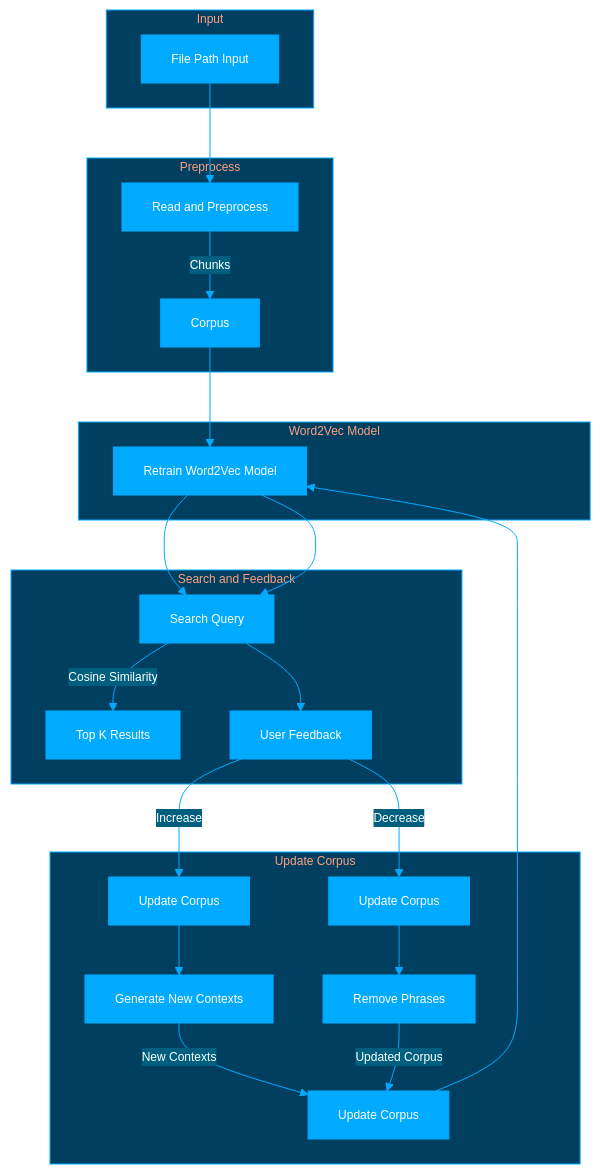
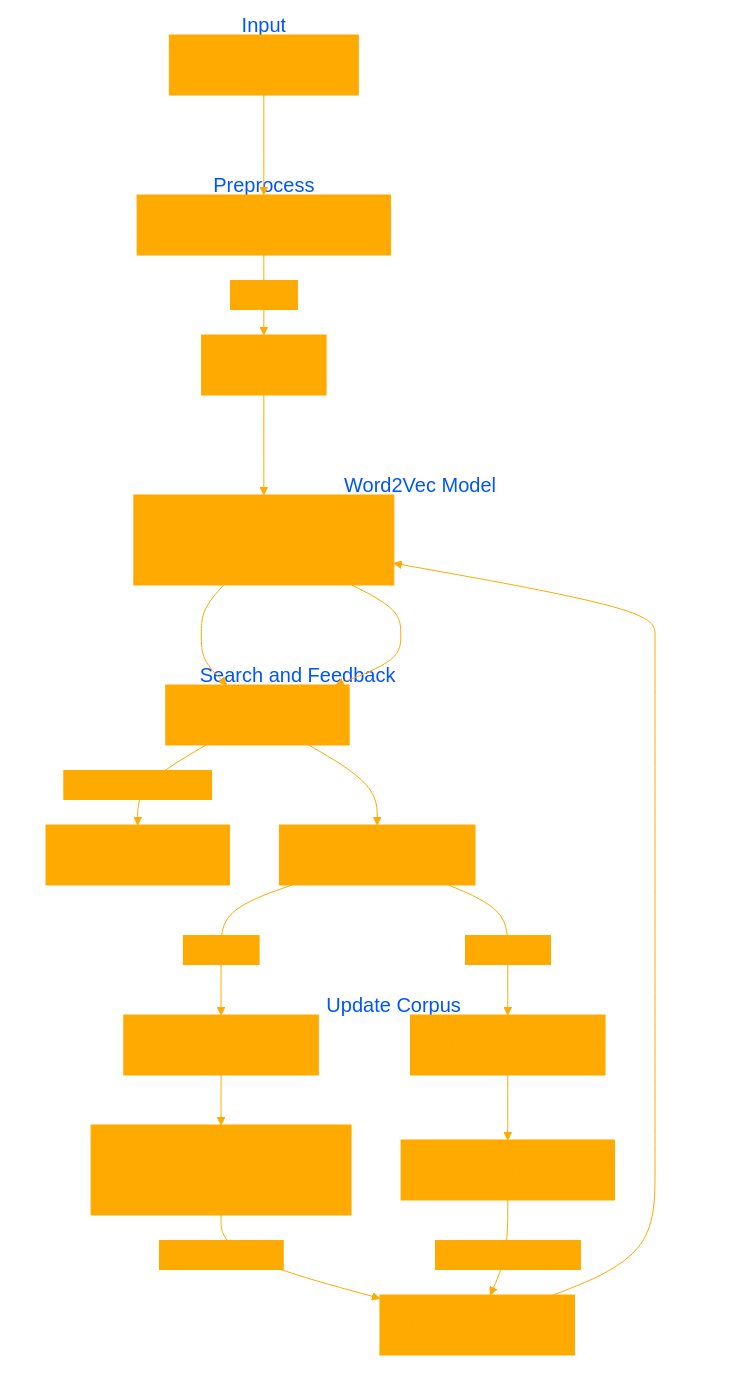
Before and after one commit to EveryOneIsGross/thought2VEC: the diagram in README.md, drawn with Mermaid.

````diff
--- a/README.md
+++ b/README.md
@@ -38,49 +38,49 @@
 ```mermaid
-%%{init: {'theme': 'base', 'themeVariables': { 'primaryColor': '#00aaff', 'primaryTextColor': '#ffffff', 'primaryBorderColor': '#00aaff', 'lineColor': '#00aaff', 'secondaryColor': '#005f7f', 'tertiaryColor': '#005f7f', 'clusterBkg': '#003f5f', 'clusterBorder': '#00aaff', 'fontSize': '12px'}}}%%
+%%{init: {'theme': 'base', 'themeVariables': { 'primaryColor': '#ffaa00', 'primaryTextColor': '#ffaa00', 'primaryBorderColor': '#ffaa00', 'lineColor': '#ffaa00', 'secondaryColor': '#ffaa00', 'tertiaryColor': '#ffaa00', 'clusterBkg': 'none', 'clusterBorder': 'none', 'fontSize': '20px'}}}%%
 graph TD
     A[File Path Input] --> B[Read and Preprocess]
     B -->|Chunks| C[Corpus]
     C --> D[Train Word2Vec Model]
     D --> E[Search Query]
     E -->|Cosine Similarity| F[Top K Results]
 
     E --> G[User Feedback]
     G -->|Increase| H[Update Corpus]
     G -->|Decrease| I[Update Corpus]
     
     H --> J[Generate New Contexts]
     I --> K[Remove Phrases]
     
     J -->|New Contexts| L[Update Corpus]
     K -->|Updated Corpus| L
     
     L --> D[Retrain Word2Vec Model]
     D --> E
 
     subgraph Input
         A
     end
 
     subgraph Preprocess
         B
         C
     end
 
     subgraph Word2Vec Model
         D
     end
 
     subgraph Search and Feedback
         E
         F
         G
     end
 
     subgraph Update Corpus
         H
         I
         J
         K
         L
     end
 ```
````
